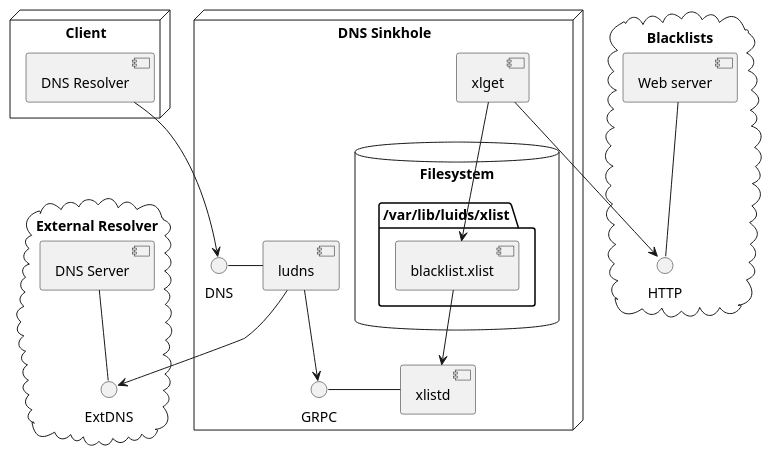
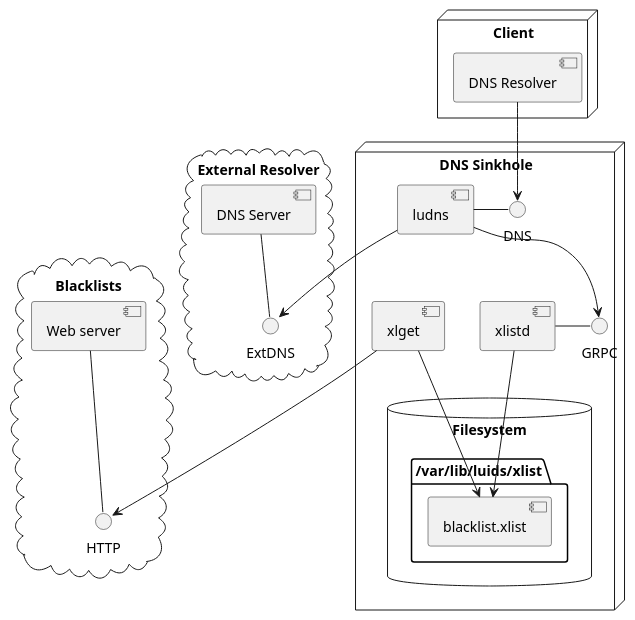
The third of 3 diagrams in es/modules/guides/pages/basic-dns-sinkhole.adoc (luids-io/doc), drawn with PlantUML before and after one commit. The commit also changed other lines of this file and 57 other files, not shown here.

Commit message:
added guide advanced-dns-sinkhole and some changes in basic

```diff
--- a/es/modules/guides/pages/basic-dns-sinkhole.adoc
+++ b/es/modules/guides/pages/basic-dns-sinkhole.adoc
@@ -130,29 +133,29 @@
-[plantuml, deployment-basic-sinkhole, png,pdfwidth=70%]
+[plantuml, deployment-basic-dns-sinkhole, png,pdfwidth=70%]
 ----
 cloud "Blacklists" {
  [Web server] -down- HTTP
 }
 
 cloud "External Resolver" {
  [DNS Server] -down- ExtDNS
 }
 
 node "DNS Sinkhole" {
   database "Filesystem" {
     folder "/var/lib/luids/xlist" {
        [blacklist.xlist]
     }
   }
   [xlget] --> [blacklist.xlist]
-  [blacklist.xlist] --> [xlistd]
   [xlget] --> HTTP
   [xlistd] - GRPC
+	[xlistd] --> [blacklist.xlist]
   [ludns] --> GRPC
   [ludns] --> ExtDNS
   [ludns] - DNS
 }
 
 node "Client" {
   [DNS Resolver] --> DNS
 }
 ----
```
